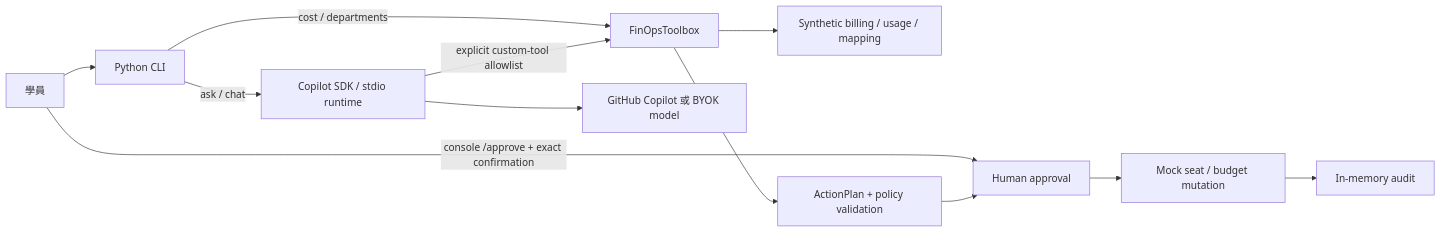
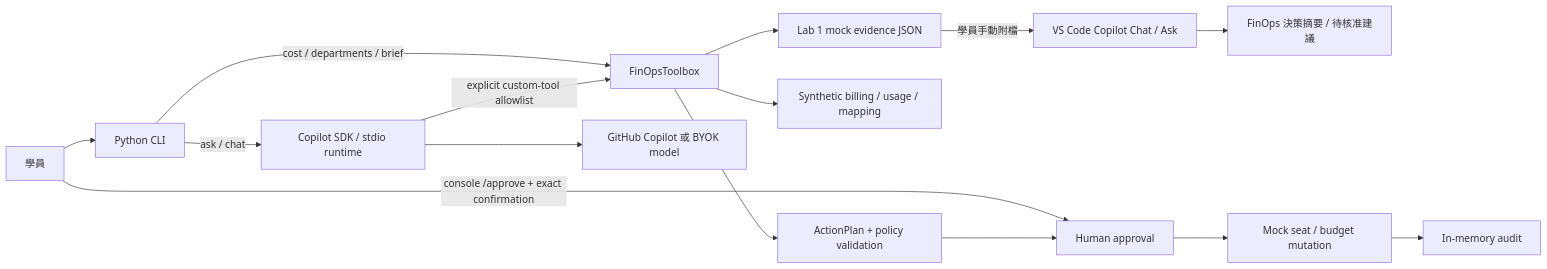
Before and after one commit to Kenblair1226/devdays26-agent-workshop: the first of 3 diagrams in docs/architecture.md, drawn with Mermaid. The commit also changed other lines of this file and 40 other files, not shown here.

First line of the commit message:
Streamline FinOps labs and add user-admin budget demo

````diff
--- a/docs/architecture.md
+++ b/docs/architecture.md
@@ -7,14 +7,17 @@
 ```mermaid
 flowchart LR
     User["學員"] --> CLI["Python CLI"]
-    CLI -->|"cost / departments"| Tools["FinOpsToolbox"]
+    CLI -->|"cost / departments / brief"| Tools["FinOpsToolbox"]
+    Tools --> Evidence["Lab 1 mock evidence JSON"]
+    Evidence -->|"學員手動附檔"| Chat["VS Code Copilot Chat / Ask"]
+    Chat --> Decision["FinOps 決策摘要 / 待核准建議"]
     CLI -->|"ask / chat"| SDK["Copilot SDK / stdio runtime"]
     SDK --> Model["GitHub Copilot 或 BYOK model"]
     SDK -->|"explicit custom-tool allowlist"| Tools
     Tools --> Data["Synthetic billing / usage / mapping"]
     Tools --> Plan["ActionPlan + policy validation"]
     User -->|"console /approve + exact confirmation"| Approval["Human approval"]
     Plan --> Approval
     Approval --> Mock["Mock seat / budget mutation"]
     Mock --> Audit["In-memory audit"]
 ```
````
